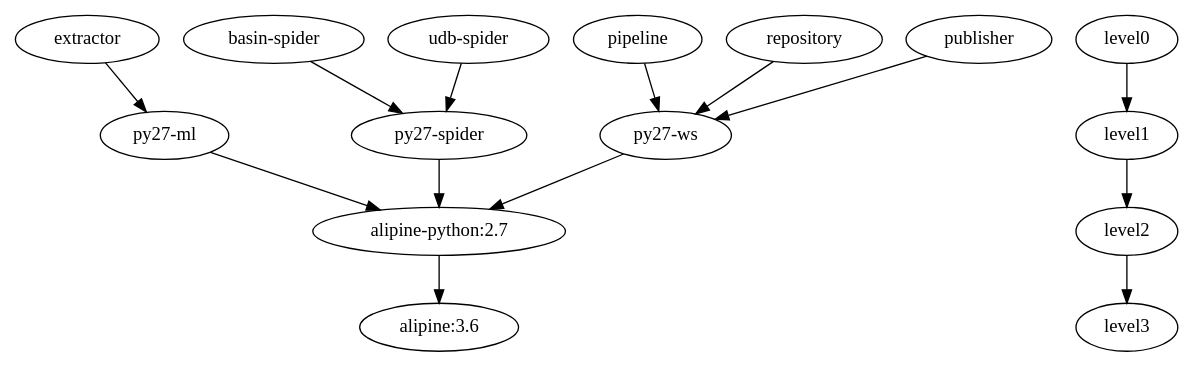
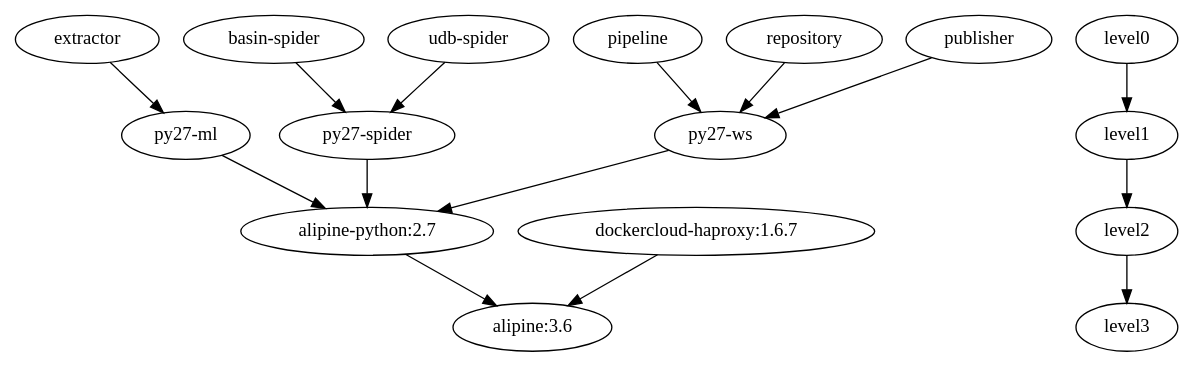
Before and after one commit to idleuncle/BasinSpaceBook: the diagram in graphics/docker_deps.dot, drawn with Graphviz. The commit also changed 1 other file, not shown here.

```diff
--- a/graphics/docker_deps.dot
+++ b/graphics/docker_deps.dot
@@ -1,45 +1,48 @@
 digraph G {
    subgraph level0 {
         label = "top";
         "extractor"
         "pipeline"
         "repository"
         "publisher"
         "basin-spider"
         "udb-spider"
     }
     subgraph level1 {
         label = "base images(web, ml)";
         "py27-ml"
         "py27-spider"
         "py27-ws"
     }
 
     subgraph level2 {
         label = "base images(common)";
         "alipine-python:2.7"
+        "dockercloud-haproxy:1.6.7"
     }
 
     subgraph level3 {
         label = "bottom";
         "alipine:3.6"
     }
 
     level0 -> level1
     level1 -> level2
     level2 -> level3
 
     "extractor" -> "py27-ml"
     "pipeline" -> "py27-ws"
     "repository" -> "py27-ws"
     "publisher" -> "py27-ws"
     "basin-spider" -> "py27-spider"
     "udb-spider" -> "py27-spider"
 
     "py27-ml" -> "alipine-python:2.7"
     "py27-spider" -> "alipine-python:2.7"
     "py27-ws" -> "alipine-python:2.7"
 
+
     "alipine-python:2.7" -> "alipine:3.6"
+    "dockercloud-haproxy:1.6.7" -> "alipine:3.6"
 
 }
```
